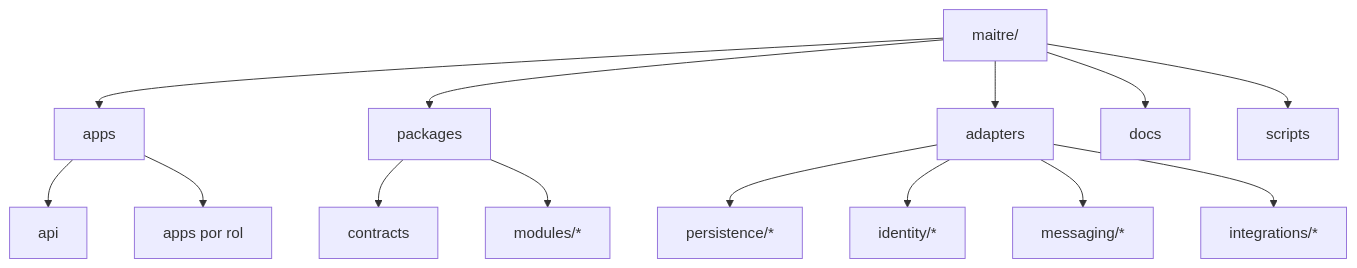
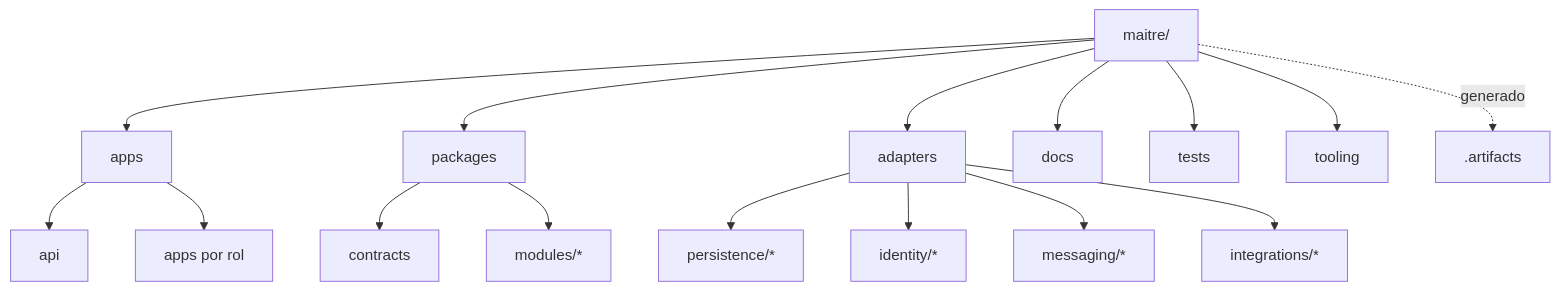
One commit to Adayala/maitre changed the first of 2 diagrams in docs/sdd/spec-209-transversal-monorepo-architecture/specification.md. Above: the diagram before and after it, drawn with Mermaid. The commit also changed other lines of this file and 18 other files, not shown here.

````diff
--- a/docs/sdd/spec-209-transversal-monorepo-architecture/specification.md
+++ b/docs/sdd/spec-209-transversal-monorepo-architecture/specification.md
@@ -5,18 +5,20 @@
 ```mermaid
 graph TB
     ROOT["maitre/"]
     ROOT --> APPS["apps"]
     ROOT --> PACKAGES["packages"]
     ROOT --> ADAPTERS["adapters"]
     ROOT --> DOCS["docs"]
-    ROOT --> SCRIPTS["scripts"]
+    ROOT --> TESTS["tests"]
+    ROOT --> TOOLING["tooling"]
+    ROOT -. generado .-> ARTIFACTS[".artifacts"]
 
     APPS --> API["api"]
     APPS --> ROLE_APPS["apps por rol"]
     PACKAGES --> CONTRACTS["contracts"]
     PACKAGES --> MODULES["modules/*"]
     ADAPTERS --> PERSIST["persistence/*"]
     ADAPTERS --> IDENT["identity/*"]
     ADAPTERS --> MSG["messaging/*"]
     ADAPTERS --> INT["integrations/*"]
 ```
````
